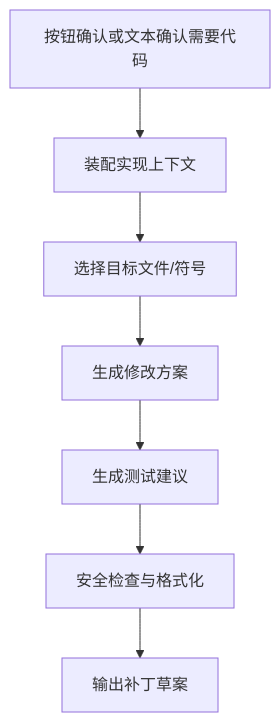
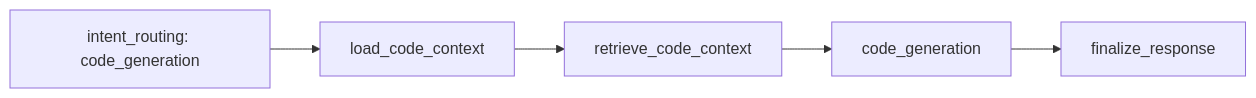
The diagram in docs/子系统设计/05-代码实现确认与生成子系统设计.md (Ocean52-XIE/dsp_agent), drawn with Mermaid before and after one commit. The commit also changed other lines of this file and 46 other files, not shown here.

````diff
--- a/docs/子系统设计/05-代码实现确认与生成子系统设计.md
+++ b/docs/子系统设计/05-代码实现确认与生成子系统设计.md
@@ -34,9 +14,7 @@
 ```mermaid
-flowchart TD
-    A[按钮确认或文本确认需要代码] --> B[装配实现上下文]
-    B --> C[选择目标文件/符号]
-    C --> D[生成修改方案]
-    D --> E[生成测试建议]
-    E --> F[安全检查与格式化]
-    F --> G[输出补丁草案]
+flowchart LR
+    A[intent_routing: code_generation] --> B[load_code_context]
+    B --> C[retrieve_code_context]
+    C --> D[code_generation]
+    D --> E[finalize_response]
 ```
````
